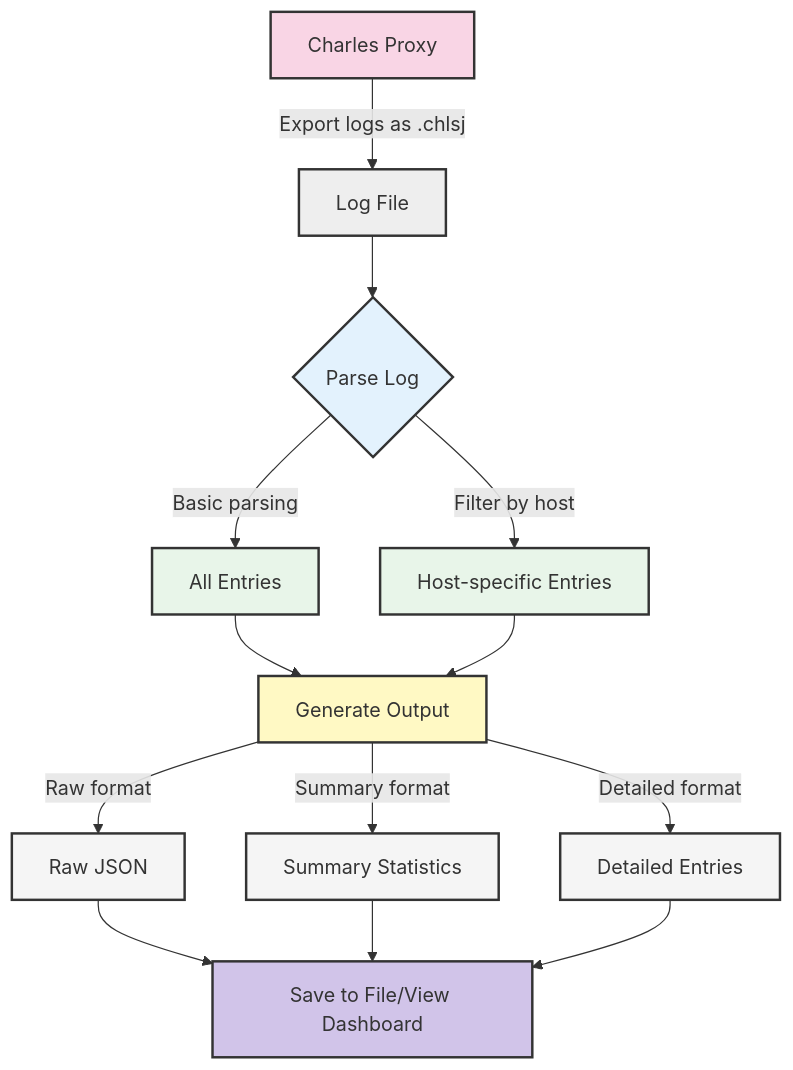
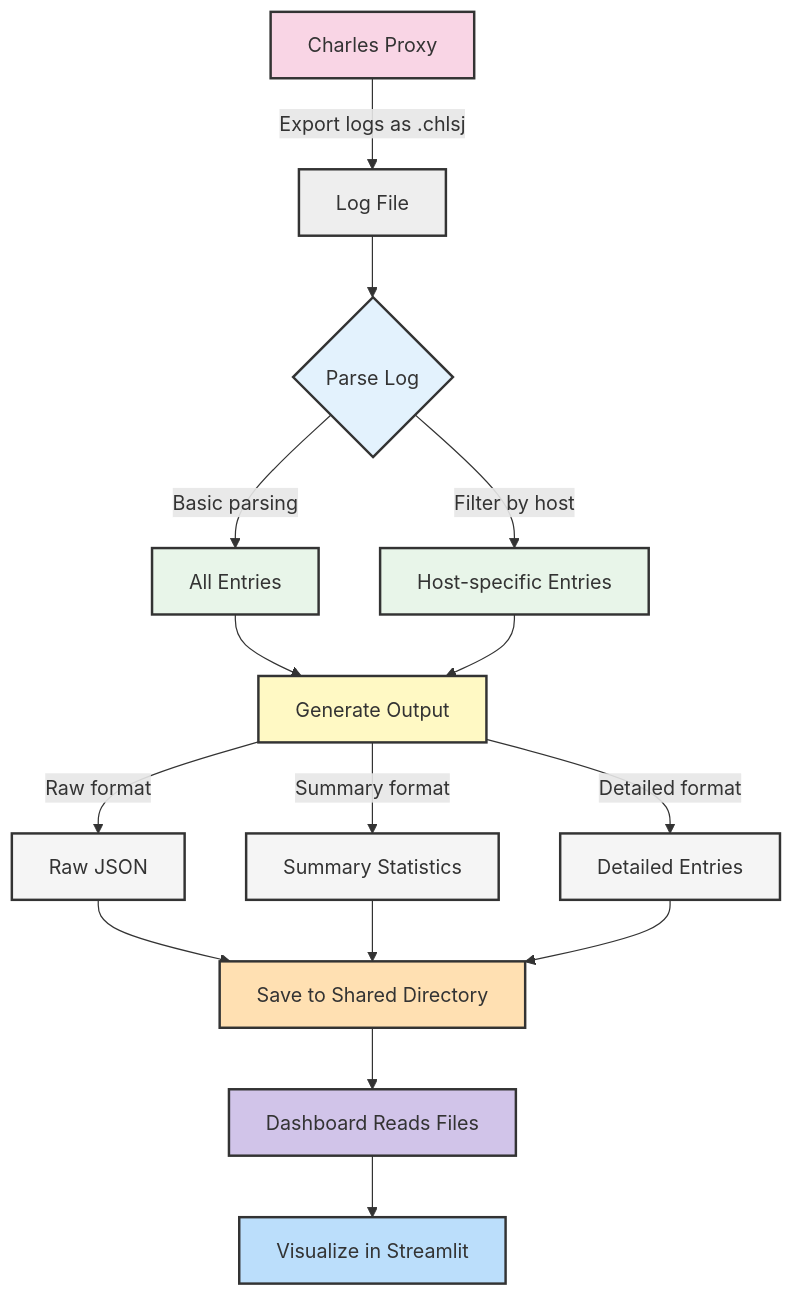
One commit to PranjulRaizada/mcp-charles changed the second of 2 diagrams in flow_diagram.md. Above: the diagram before and after it, drawn with Mermaid. The commit also changed other lines of this file and 14 other files, not shown here.

Commit message:
Refactor: Separate components into mcp-charles, mcp-charles-dashboard, and mcp-charles-shared directories

````diff
--- a/flow_diagram.md
+++ b/flow_diagram.md
@@ -44,29 +53,34 @@
 ```mermaid
 graph TD
     A[Charles Proxy] -->|Export logs as .chlsj| B[Log File]
     B --> C{Parse Log}
     C -->|Basic parsing| D[All Entries]
     C -->|Filter by host| E[Host-specific Entries]
     
     D --> F[Generate Output]
     E --> F
     
     F -->|Raw format| G[Raw JSON]
     F -->|Summary format| H[Summary Statistics]
     F -->|Detailed format| I[Detailed Entries]
     
-    G --> J[Save to File/View Dashboard]
+    G --> J[Save to Shared Directory]
     H --> J
     I --> J
+    
+    J --> K[Dashboard Reads Files]
+    K --> L[Visualize in Streamlit]
     
     style A fill:#f9d5e5,stroke:#333,stroke-width:2px
     style B fill:#eeeeee,stroke:#333,stroke-width:2px
     style C fill:#e3f2fd,stroke:#333,stroke-width:2px
     style D fill:#e8f5e9,stroke:#333,stroke-width:2px
     style E fill:#e8f5e9,stroke:#333,stroke-width:2px
     style F fill:#fff9c4,stroke:#333,stroke-width:2px
     style G fill:#f5f5f5,stroke:#333,stroke-width:2px
     style H fill:#f5f5f5,stroke:#333,stroke-width:2px
     style I fill:#f5f5f5,stroke:#333,stroke-width:2px
-    style J fill:#d1c4e9,stroke:#333,stroke-width:2px
+    style J fill:#ffe0b2,stroke:#333,stroke-width:2px
+    style K fill:#d1c4e9,stroke:#333,stroke-width:2px
+    style L fill:#bbdefb,stroke:#333,stroke-width:2px
 ```
````
